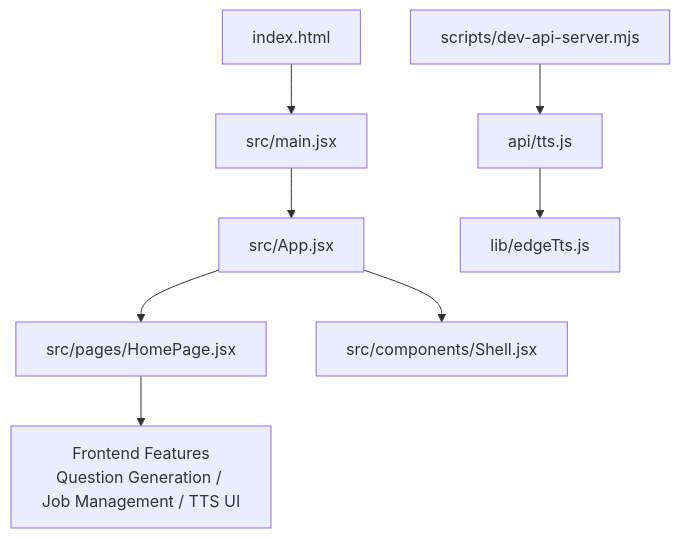
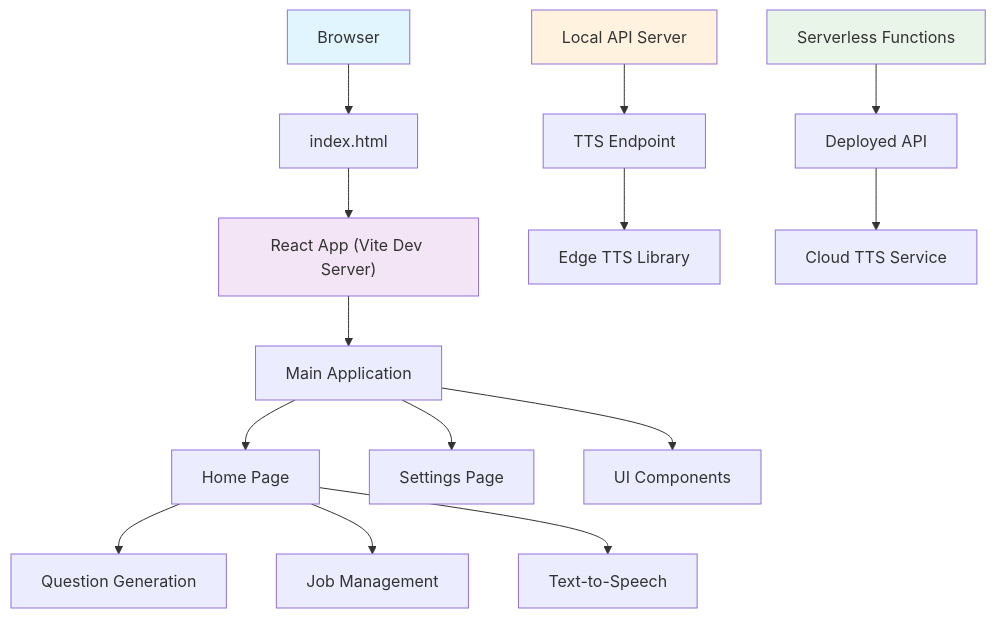
One commit to zmyeo54/briefroom changed the first of 2 diagrams in .qoder/repowiki/en/content/Getting Started.md. Above: the diagram before and after it, drawn with Mermaid. The commit also changed other lines of this file and 5 other files, not shown here.

````diff
--- a/.qoder/repowiki/en/content/Getting Started.md
+++ b/.qoder/repowiki/en/content/Getting Started.md
@@ -46,10 +125,20 @@
 ```mermaid
 graph TB
-A["index.html"] --> B["src/main.jsx"]
-B --> C["src/App.jsx"]
-C --> D["src/pages/HomePage.jsx"]
-C --> E["src/components/Shell.jsx"]
-D --> F["Frontend Features<br/>Question Generation / Job Management / TTS UI"]
-G["api/tts.js"] --> H["lib/edgeTts.js"]
-I["scripts/dev-api-server.mjs"] --> G
+A["Browser"] --> B["index.html"]
+B --> C["React App (Vite Dev Server)"]
+C --> D["Main Application"]
+D --> E["Home Page"]
+D --> F["Settings Page"]
+D --> G["UI Components"]
+H["Local API Server"] --> I["TTS Endpoint"]
+I --> J["Edge TTS Library"]
+K["Serverless Functions"] --> L["Deployed API"]
+L --> M["Cloud TTS Service"]
+E --> N["Question Generation"]
+E --> O["Job Management"]
+E --> P["Text-to-Speech"]
+style A fill:#e1f5fe
+style C fill:#f3e5f5
+style H fill:#fff3e0
+style K fill:#e8f5e8
 ```
````
